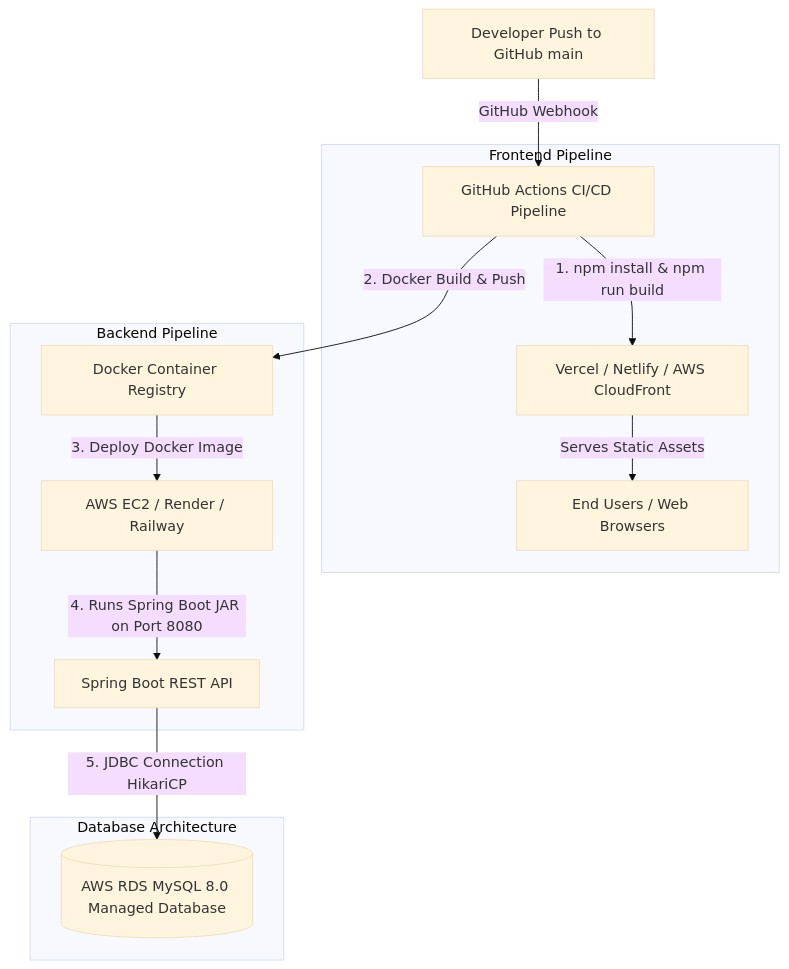
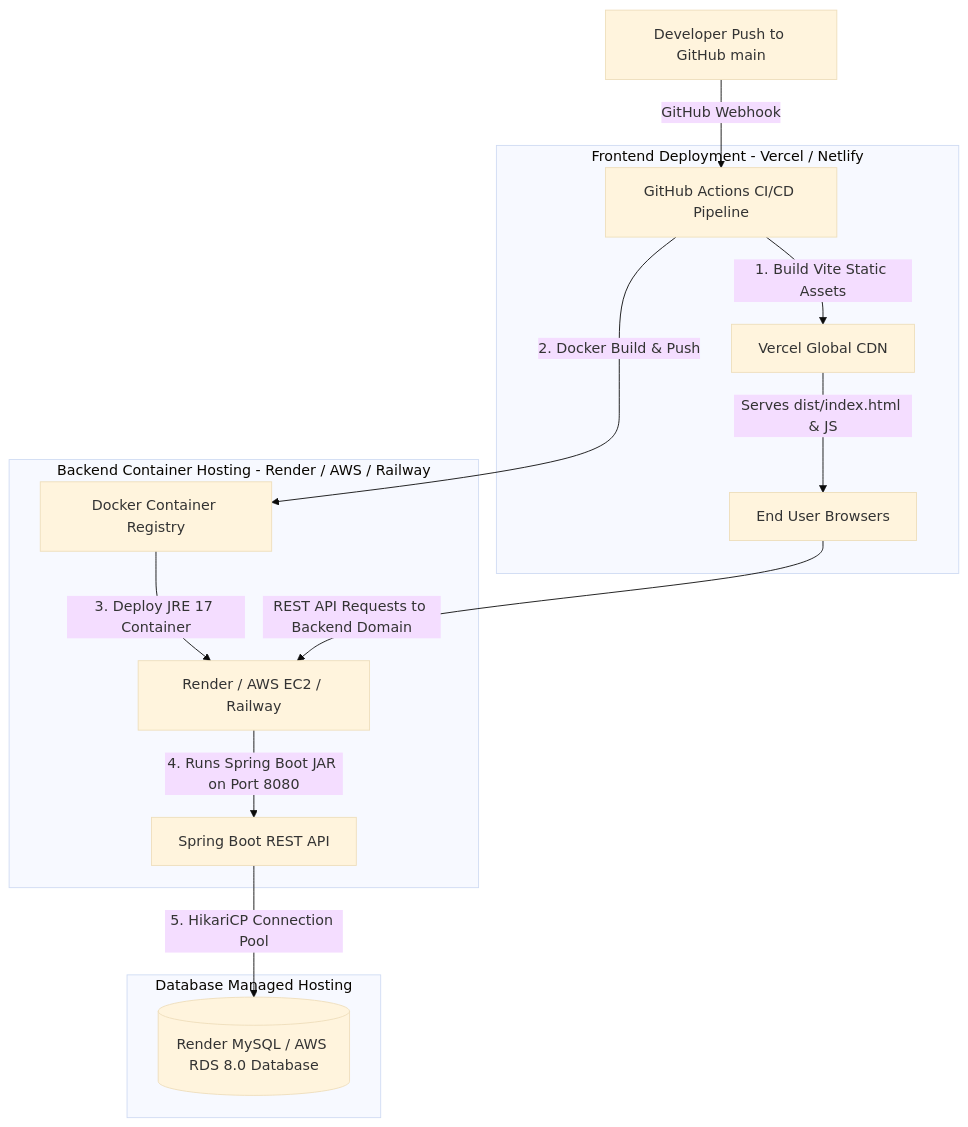
The third of 3 diagrams in interview_guide.md (ashwinsinghkanade/motolink_2), drawn with Mermaid (base theme) before and after one commit. The commit also changed other lines of this file, not shown here.

Commit message:
Clarify Vercel static frontend vs Render/Docker Java backend hosting distinction

````diff
--- a/interview_guide.md
+++ b/interview_guide.md
@@ -252,19 +257,21 @@
 ```mermaid
 graph TD
     Developer[Developer Push to GitHub main] -->|GitHub Webhook| GitHubActions[GitHub Actions CI/CD Pipeline]
     
-    subgraph Frontend Pipeline
-        GitHubActions -->|1. npm install & npm run build| Vercel[Vercel / Netlify / AWS CloudFront]
-        Vercel -->|Serves Static Assets| Users[End Users / Web Browsers]
+    subgraph Frontend Deployment - Vercel / Netlify
+        GitHubActions -->|1. Build Vite Static Assets| Vercel[Vercel Global CDN]
+        Vercel -->|Serves dist/index.html & JS| Users[End User Browsers]
     end
 
-    subgraph Backend Pipeline
+    subgraph Backend Container Hosting - Render / AWS / Railway
         GitHubActions -->|2. Docker Build & Push| DockerHub[Docker Container Registry]
-        DockerHub -->|3. Deploy Docker Image| AWS_EC2[AWS EC2 / Render / Railway]
-        AWS_EC2 -->|4. Runs Spring Boot JAR on Port 8080| SpringBootApp[Spring Boot REST API]
+        DockerHub -->|3. Deploy JRE 17 Container| Render[Render / AWS EC2 / Railway]
+        Render -->|4. Runs Spring Boot JAR on Port 8080| SpringBootApp[Spring Boot REST API]
     end
 
-    subgraph Database Architecture
-        SpringBootApp -->|5. JDBC Connection HikariCP| RDS[(AWS RDS MySQL 8.0 Managed Database)]
+    subgraph Database Managed Hosting
+        SpringBootApp -->|5. HikariCP Connection Pool| ManagedDB[(Render MySQL / AWS RDS 8.0 Database)]
     end
+
+    Users -->|REST API Requests to Backend Domain| Render
 ```
````
